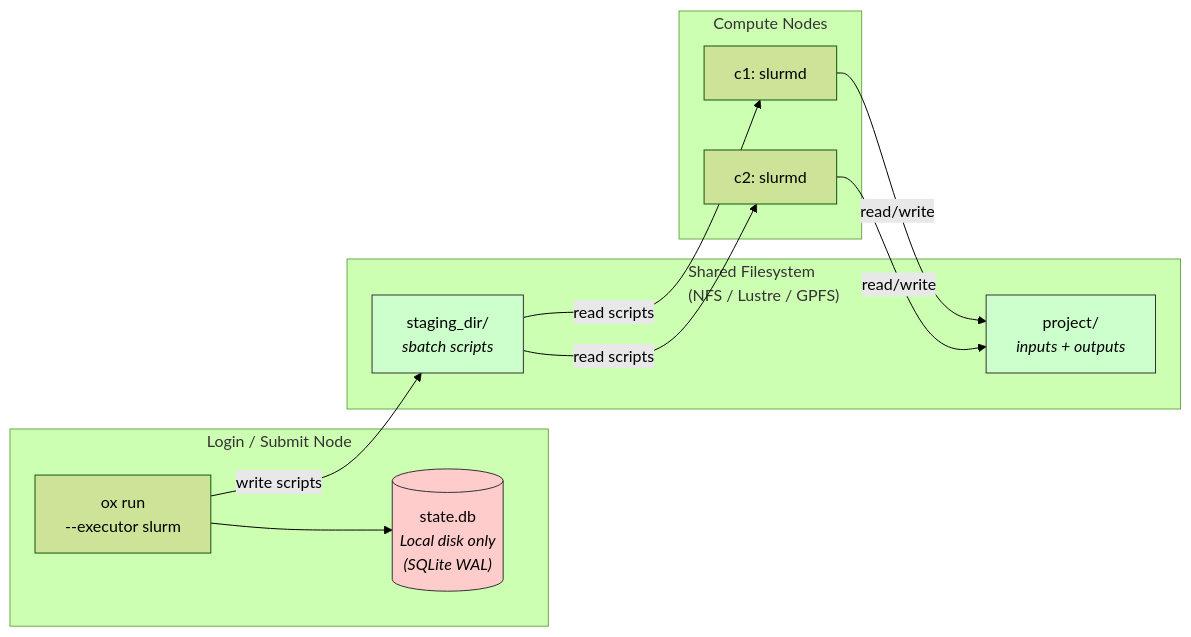
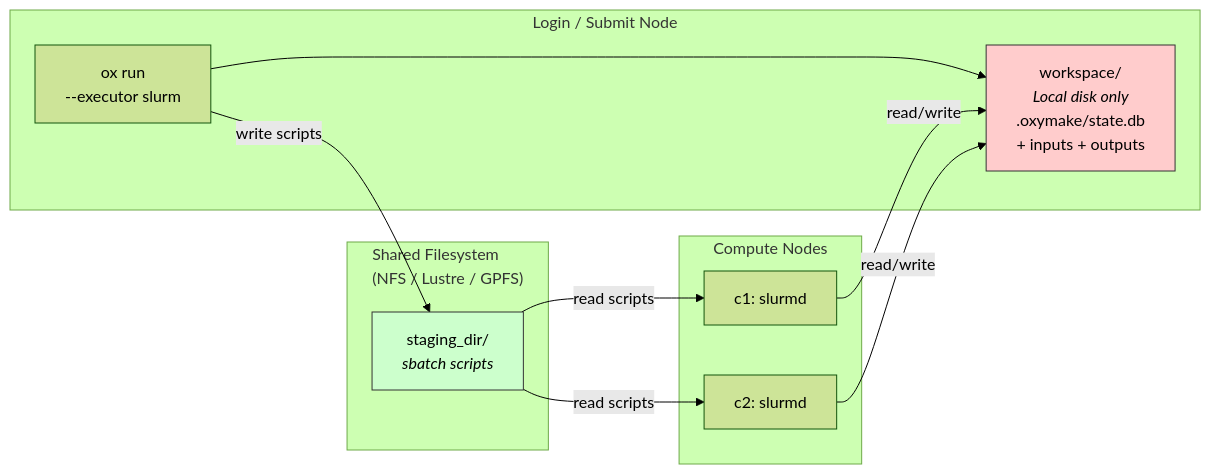
One commit to noogram/oxymake changed the tenth of 10 diagrams in docs/book/src/concepts/slurm-integration.md. Above: the diagram before and after it, drawn with Mermaid (forest theme). The commit also changed other lines of this file and 17 other files, not shown here.

````diff
--- a/docs/book/src/concepts/slurm-integration.md
+++ b/docs/book/src/concepts/slurm-integration.md
@@ -762,28 +781,26 @@
 ```mermaid
 flowchart LR
     subgraph "Login / Submit Node"
         OX["ox run<br/>--executor slurm"]
-        DB[("state.db<br/><i>Local disk only<br/>(SQLite WAL)</i>")]
+        WS["workspace/<br/><i>Local disk only</i><br/>.oxymake/state.db<br/>+ inputs + outputs"]
     end
 
     subgraph "Shared Filesystem<br/>(NFS / Lustre / GPFS)"
         STAGE["staging_dir/<br/><i>sbatch scripts</i>"]
-        DATA["project/<br/><i>inputs + outputs</i>"]
     end
 
     subgraph "Compute Nodes"
         C1["c1: slurmd"]
         C2["c2: slurmd"]
     end
 
-    OX --> DB
+    OX --> WS
     OX -->|"write scripts"| STAGE
     STAGE -->|"read scripts"| C1
     STAGE -->|"read scripts"| C2
-    C1 -->|"read/write"| DATA
-    C2 -->|"read/write"| DATA
+    C1 -->|"read/write"| WS
+    C2 -->|"read/write"| WS
 
-    style DB fill:#fcc,stroke:#333
+    style WS fill:#fcc,stroke:#333
     style STAGE fill:#cfc,stroke:#333
-    style DATA fill:#cfc,stroke:#333
 ```
````
